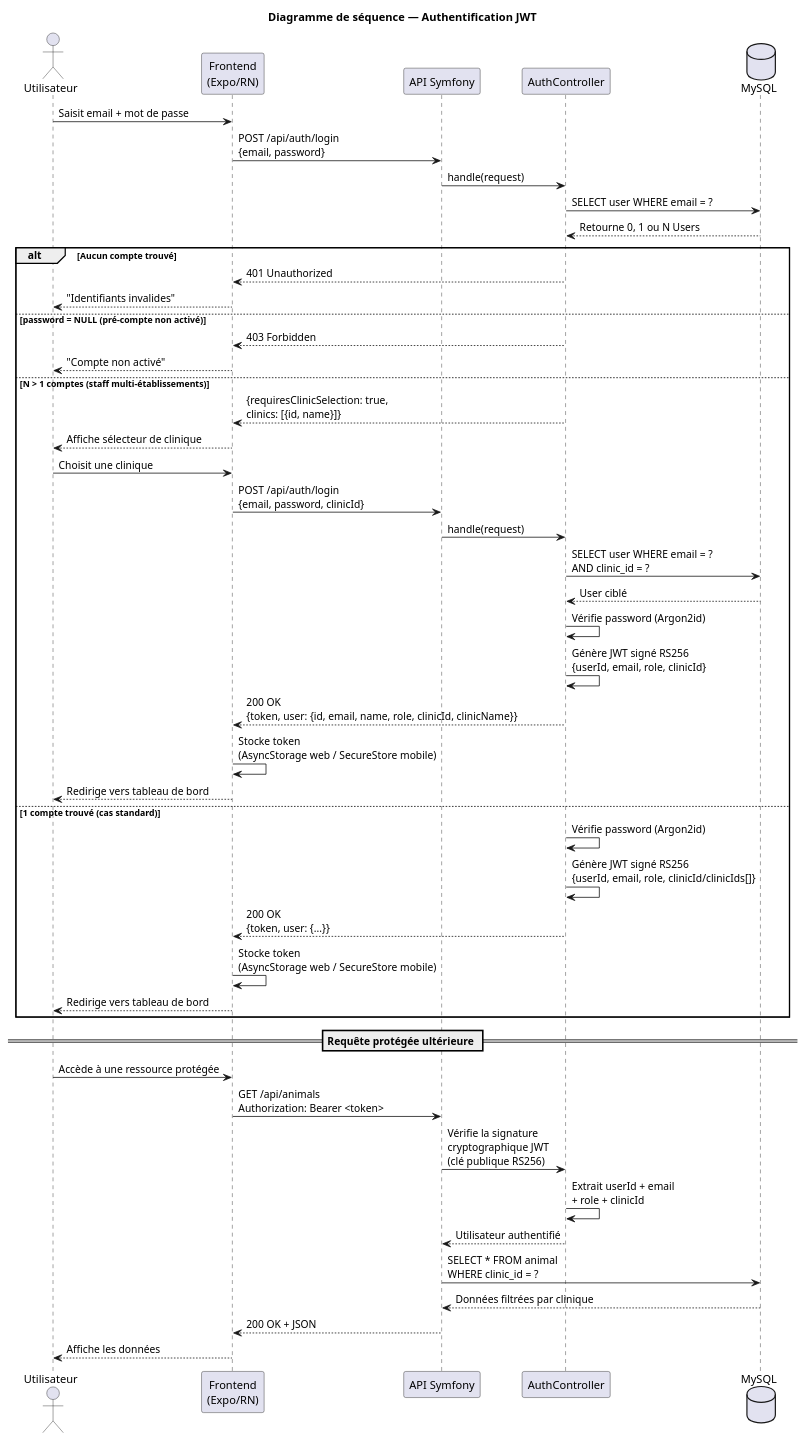
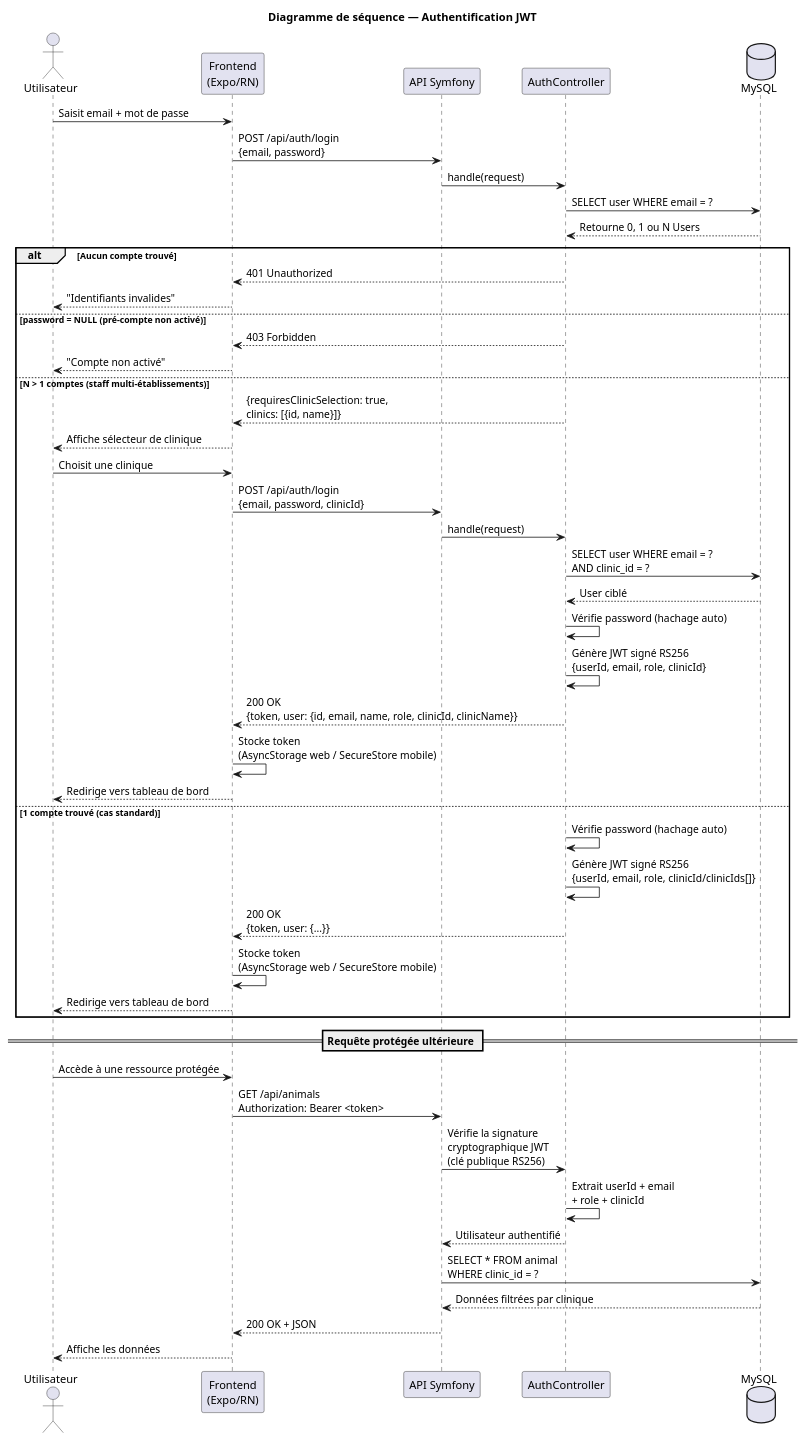
The third of 4 diagrams in docs/diagrammes_UML_ASV.puml (M-BEDH/ASV-infra), drawn with PlantUML before and after one commit. The commit also changed other lines of this file, not shown here.

Commit message:
edit diagrammes UML

```diff
--- a/docs/diagrammes_UML_ASV.puml
+++ b/docs/diagrammes_UML_ASV.puml
@@ -215,59 +213,59 @@
 @startuml diagramme_sequence_auth
 
 title Diagramme de séquence — Authentification JWT
 
 actor Utilisateur
 participant "Frontend\n(Expo/RN)" as Frontend
 participant "API Symfony" as API
 participant "AuthController" as Auth
 database "MySQL" as BDD
 
 Utilisateur -> Frontend : Saisit email + mot de passe
 Frontend -> API : POST /api/auth/login\n{email, password}
 API -> Auth : handle(request)
 Auth -> BDD : SELECT user WHERE email = ?
 BDD --> Auth : Retourne 0, 1 ou N Users
 
 alt Aucun compte trouvé
     Auth --> Frontend : 401 Unauthorized
     Frontend --> Utilisateur : "Identifiants invalides"
 
 else password = NULL (pré-compte non activé)
     Auth --> Frontend : 403 Forbidden
     Frontend --> Utilisateur : "Compte non activé"
 
 else N > 1 comptes (staff multi-établissements)
     Auth --> Frontend : {requiresClinicSelection: true,\nclinics: [{id, name}]}
     Frontend --> Utilisateur : Affiche sélecteur de clinique
     Utilisateur -> Frontend : Choisit une clinique
     Frontend -> API : POST /api/auth/login\n{email, password, clinicId}
     API -> Auth : handle(request)
     Auth -> BDD : SELECT user WHERE email = ?\nAND clinic_id = ?
     BDD --> Auth : User ciblé
-    Auth -> Auth : Vérifie password (Argon2id)
+    Auth -> Auth : Vérifie password (hachage auto)
     Auth -> Auth : Génère JWT signé RS256\n{userId, email, role, clinicId}
     Auth --> Frontend : 200 OK\n{token, user: {id, email, name, role, clinicId, clinicName}}
     Frontend -> Frontend : Stocke token\n(AsyncStorage web / SecureStore mobile)
     Frontend --> Utilisateur : Redirige vers tableau de bord
 
 else 1 compte trouvé (cas standard)
-    Auth -> Auth : Vérifie password (Argon2id)
+    Auth -> Auth : Vérifie password (hachage auto)
     Auth -> Auth : Génère JWT signé RS256\n{userId, email, role, clinicId/clinicIds[]}
     Auth --> Frontend : 200 OK\n{token, user: {...}}
     Frontend -> Frontend : Stocke token\n(AsyncStorage web / SecureStore mobile)
     Frontend --> Utilisateur : Redirige vers tableau de bord
 end
 
 == Requête protégée ultérieure ==
 
 Utilisateur -> Frontend : Accède à une ressource protégée
 Frontend -> API : GET /api/animals\nAuthorization: Bearer <token>
 API -> Auth : Vérifie la signature\ncryptographique JWT\n(clé publique RS256)
 Auth -> Auth : Extrait userId + email\n+ role + clinicId
 Auth --> API : Utilisateur authentifié
 API -> BDD : SELECT * FROM animal\nWHERE clinic_id = ?
 BDD --> API : Données filtrées par clinique
 API --> Frontend : 200 OK + JSON
 Frontend --> Utilisateur : Affiche les données
 
 @enduml
```
